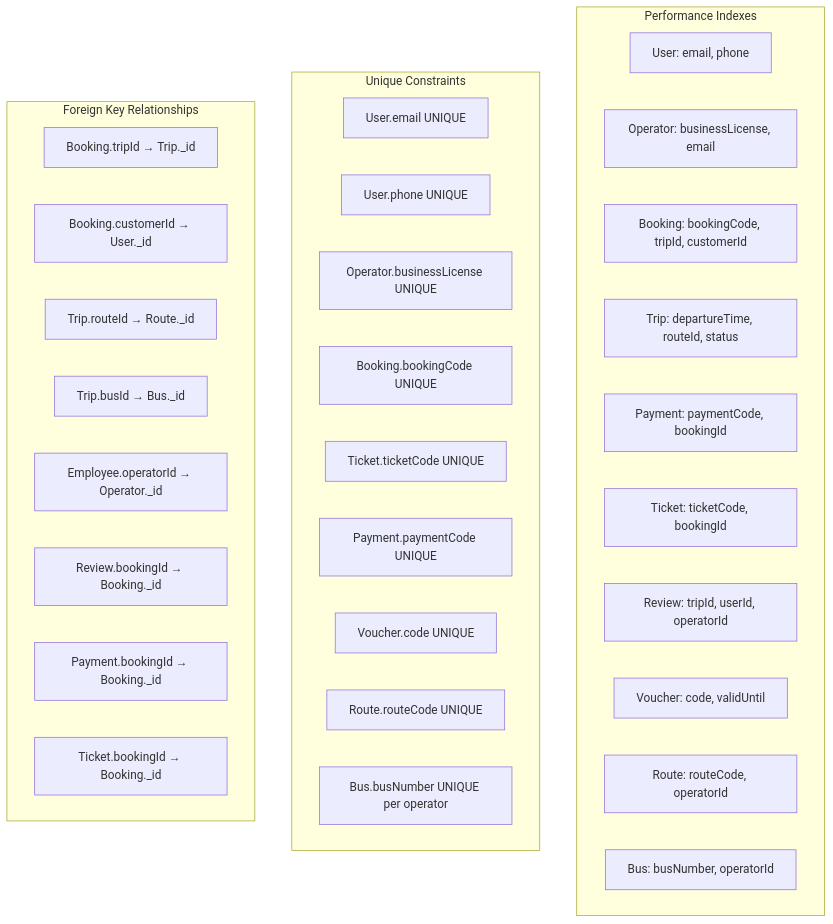
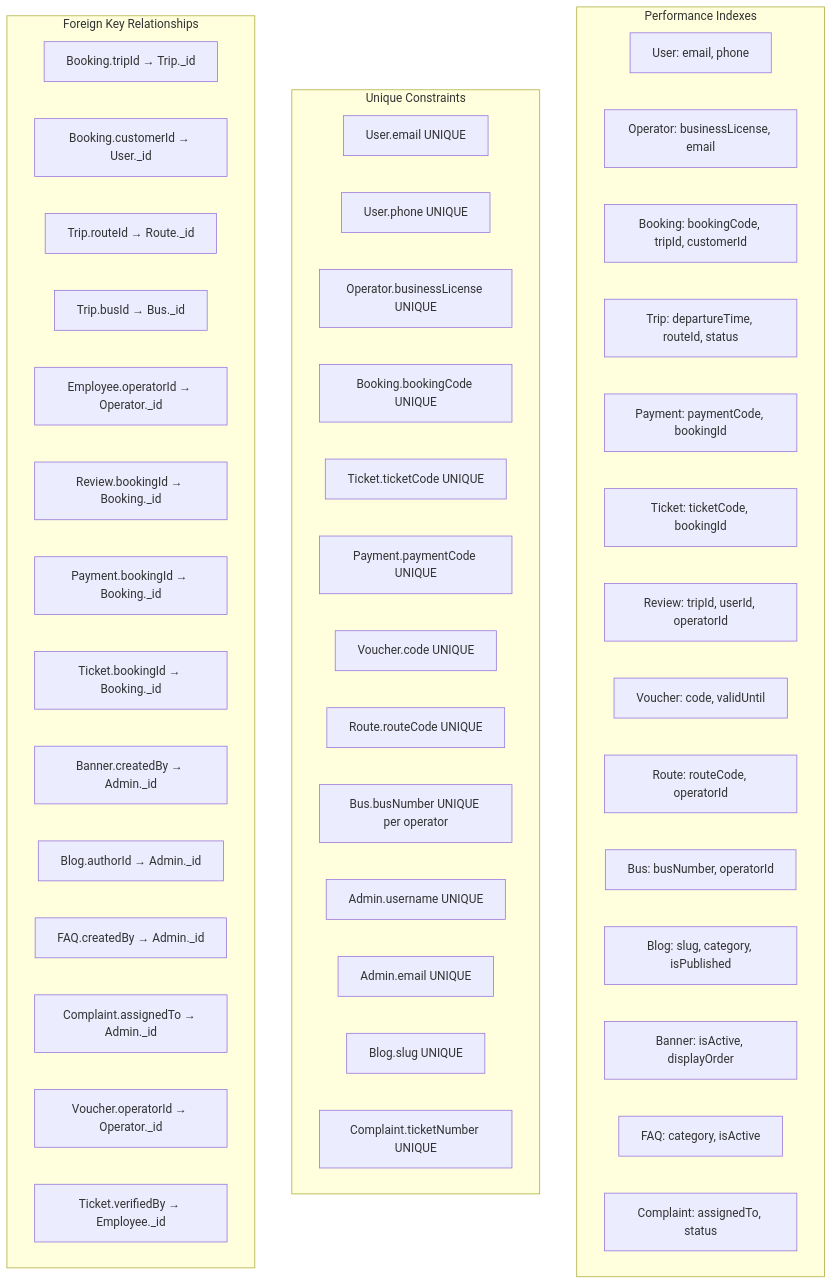
Diagram 11 of 18 in WEBSITE_DIAGRAM.md (nhkhanhyn0410/Te2_quikride), drawn with Mermaid before and after one commit. The commit also changed other lines of this file, not shown here.

First line of the commit message:
docs: Add relationships to Content Management schema

````diff
--- a/WEBSITE_DIAGRAM.md
+++ b/WEBSITE_DIAGRAM.md
@@ -734,38 +760,52 @@
 ```mermaid
 graph TD
     subgraph "Performance Indexes"
         IDX1[User: email, phone]
         IDX2[Operator: businessLicense, email]
         IDX3[Booking: bookingCode, tripId, customerId]
         IDX4[Trip: departureTime, routeId, status]
         IDX5[Payment: paymentCode, bookingId]
         IDX6[Ticket: ticketCode, bookingId]
         IDX7[Review: tripId, userId, operatorId]
         IDX8[Voucher: code, validUntil]
         IDX9[Route: routeCode, operatorId]
         IDX10[Bus: busNumber, operatorId]
+        IDX11[Blog: slug, category, isPublished]
+        IDX12[Banner: isActive, displayOrder]
+        IDX13[FAQ: category, isActive]
+        IDX14[Complaint: assignedTo, status]
     end
 
     subgraph "Unique Constraints"
         UK1[User.email UNIQUE]
         UK2[User.phone UNIQUE]
         UK3[Operator.businessLicense UNIQUE]
         UK4[Booking.bookingCode UNIQUE]
         UK5[Ticket.ticketCode UNIQUE]
         UK6[Payment.paymentCode UNIQUE]
         UK7[Voucher.code UNIQUE]
         UK8[Route.routeCode UNIQUE]
         UK9[Bus.busNumber UNIQUE per operator]
+        UK10[Admin.username UNIQUE]
+        UK11[Admin.email UNIQUE]
+        UK12[Blog.slug UNIQUE]
+        UK13[Complaint.ticketNumber UNIQUE]
     end
 
     subgraph "Foreign Key Relationships"
         FK1[Booking.tripId → Trip._id]
         FK2[Booking.customerId → User._id]
         FK3[Trip.routeId → Route._id]
         FK4[Trip.busId → Bus._id]
         FK5[Employee.operatorId → Operator._id]
         FK6[Review.bookingId → Booking._id]
         FK7[Payment.bookingId → Booking._id]
         FK8[Ticket.bookingId → Booking._id]
+        FK9[Banner.createdBy → Admin._id]
+        FK10[Blog.authorId → Admin._id]
+        FK11[FAQ.createdBy → Admin._id]
+        FK12[Complaint.assignedTo → Admin._id]
+        FK13[Voucher.operatorId → Operator._id]
+        FK14[Ticket.verifiedBy → Employee._id]
     end
 ```
````
